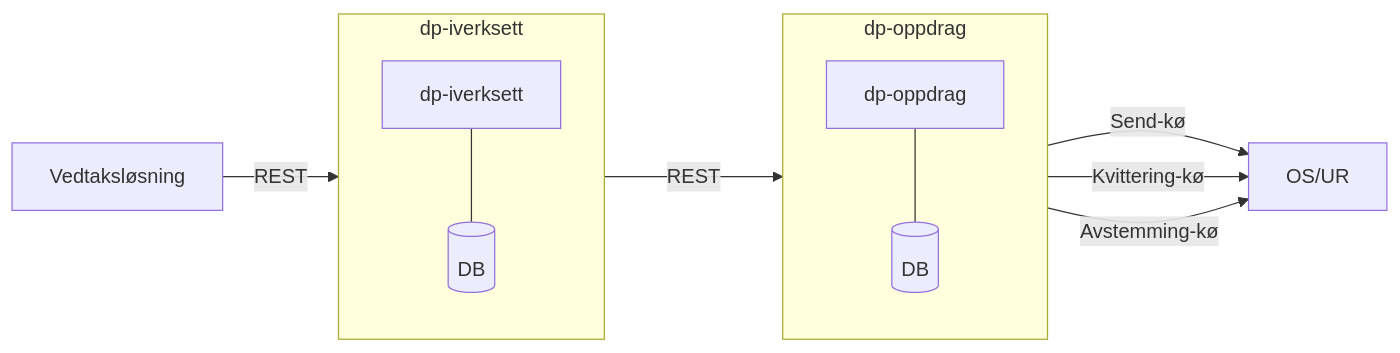
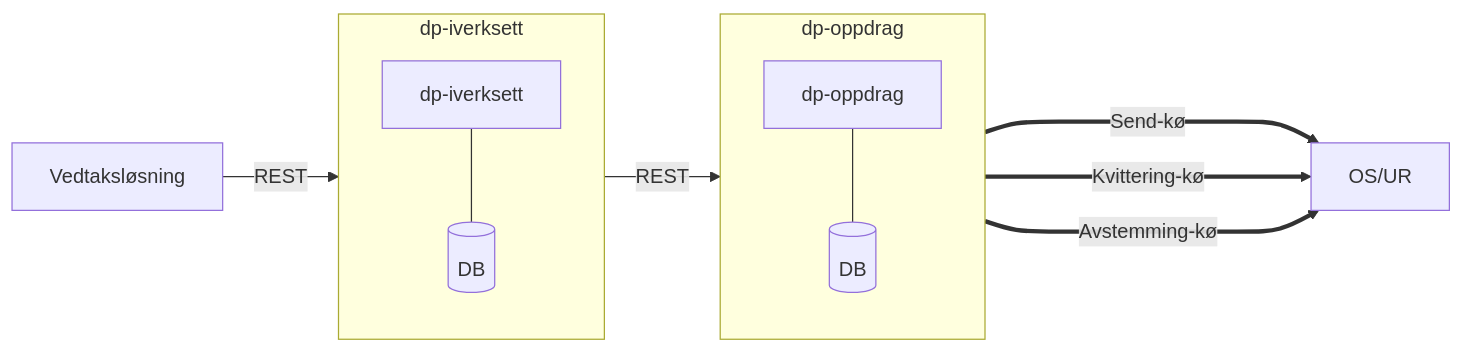
One commit to navikt/dp-iverksett changed the diagram in app/page.mdx. Above: the diagram before and after it, drawn with Mermaid. The commit also changed 3 other files, not shown here.

````diff
--- a/app/page.mdx
+++ b/app/page.mdx
@@ -7,25 +7,25 @@
 ```mermaid
 graph LR
     subgraph dp-iverksett
       iverksett["`dp-iverksett`"]
       iverksettDB[(DB)]
 
       iverksett --- iverksettDB
     end
 
     subgraph dp-oppdrag
       oppdrag["`dp-oppdrag`"]
       oppdragDB[(DB)]
 
       oppdrag --- oppdragDB
     end
 
     vedtak["`Vedtaksløsning`"]
     osur["`OS/UR`"]
 
     vedtak -->|REST| dp-iverksett
-    dp-iverksett --->|REST| dp-oppdrag
-    dp-oppdrag -->|Send-kø| osur
-    dp-oppdrag -->|Kvittering-kø| osur
-    dp-oppdrag -->|Avstemming-kø| osur
+    dp-iverksett -->|REST| dp-oppdrag
+    dp-oppdrag ====>|Send-kø| osur
+    dp-oppdrag ====>|Kvittering-kø| osur
+    dp-oppdrag ====>|Avstemming-kø| osur
 ```
````
